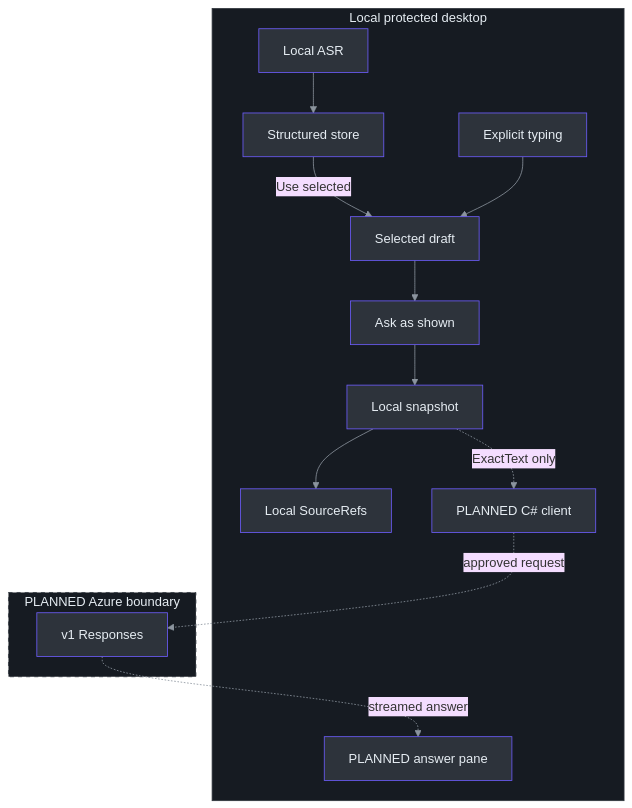
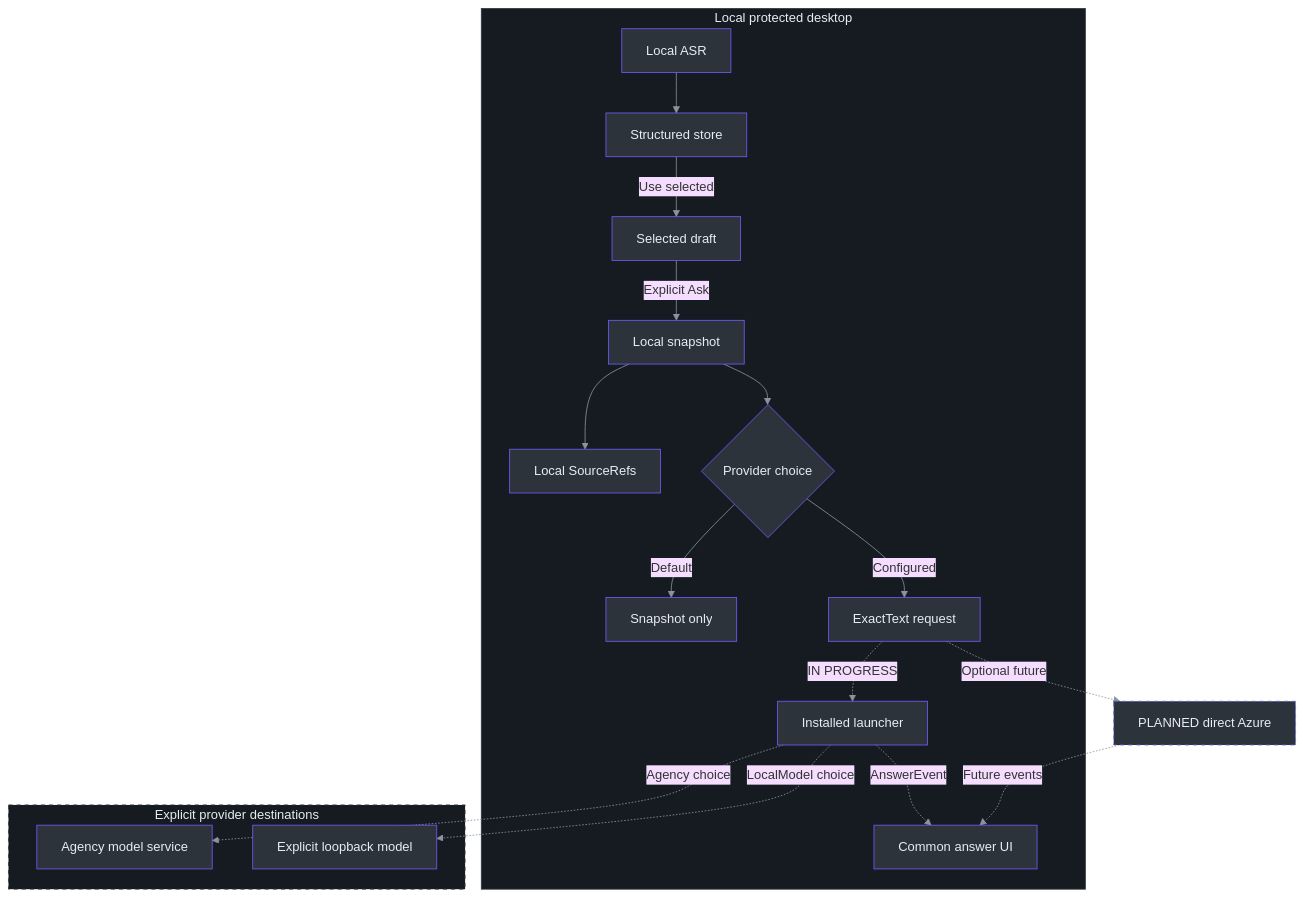
The first of 2 diagrams in docs/AI-ANSWER-ARCHITECTURE.md (Zanark/phantom-fudge), drawn with Mermaid before and after one commit. The commit also changed other lines of this file and 116 other files, not shown here.

Commit message:
making interaction with local LLM models possible via Agency

````diff
--- a/docs/AI-ANSWER-ARCHITECTURE.md
+++ b/docs/AI-ANSWER-ARCHITECTURE.md
@@ -23,40 +46,49 @@
 ```mermaid
 ---
 config:
   theme: base
   themeVariables:
     lineColor: "#8b949e"
     textColor: "#e6edf3"
 ---
 flowchart TB
-    accTitle: Implemented local questions and PLANNED Azure answers
-    accDescr: Local recognition feeds explicit selection and an immutable snapshot. Dashed planned connections send only question text to Azure; provenance stays local.
+    accTitle: Local snapshots, IN PROGRESS Agency-first path and PLANNED Azure
+    accDescr: SnapshotOnly is the no-send state. One separately authorized Agency probe succeeded through its remote model service, but local adapter checks are complete. LocalModel is a separate option with mock-only evidence; no fallback is implied.
     subgraph Local["Local protected desktop"]
         ASR["Local ASR"] --> Store["Structured store"]
         Store -->|Use selected| Draft["Selected draft"]
-        Typing["Explicit typing"] --> Draft
-        Draft --> Ask["Ask as shown"]
-        Ask --> Snapshot["Local snapshot"]
+        Draft -->|Explicit Ask| Snapshot["Local snapshot"]
         Snapshot --> Refs["Local SourceRefs"]
-        Snapshot -. ExactText only .-> Client["PLANNED C# client"]
-        Answer["PLANNED answer pane"]
+        Snapshot --> Choice{"Provider choice"}
+        Choice -->|Default| NoSend["Snapshot only"]
+        Choice -->|Configured| Request["ExactText request"]
+        Request -. IN PROGRESS .-> CLI["Installed launcher"]
+        Answer["Common answer UI"]
     end
-    subgraph Cloud["PLANNED Azure boundary"]
-        API["v1 Responses"]
+    subgraph Targets["Explicit provider destinations"]
+        Agency["Agency model service"]
+        Loopback["Explicit loopback model"]
     end
-    Client -. approved request .-> API
-    API -. streamed answer .-> Answer
+    Azure["PLANNED direct Azure"]
+    CLI -. Agency choice .-> Agency
+    CLI -. LocalModel choice .-> Loopback
+    CLI -. AnswerEvent .-> Answer
+    Request -. Optional future .-> Azure
+    Azure -. Future events .-> Answer
     style ASR fill:#2d333b,stroke:#6d5dfc,color:#e6edf3
     style Store fill:#2d333b,stroke:#6d5dfc,color:#e6edf3
     style Draft fill:#2d333b,stroke:#6d5dfc,color:#e6edf3
-    style Typing fill:#2d333b,stroke:#6d5dfc,color:#e6edf3
-    style Ask fill:#2d333b,stroke:#6d5dfc,color:#e6edf3
     style Snapshot fill:#2d333b,stroke:#6d5dfc,color:#e6edf3
     style Refs fill:#2d333b,stroke:#6d5dfc,color:#e6edf3
-    style Client fill:#2d333b,stroke:#6d5dfc,color:#e6edf3
+    style Choice fill:#2d333b,stroke:#6d5dfc,color:#e6edf3
+    style NoSend fill:#2d333b,stroke:#6d5dfc,color:#e6edf3
+    style Request fill:#2d333b,stroke:#6d5dfc,color:#e6edf3
+    style CLI fill:#2d333b,stroke:#6d5dfc,color:#e6edf3
     style Answer fill:#2d333b,stroke:#6d5dfc,color:#e6edf3
-    style API fill:#2d333b,stroke:#6d5dfc,color:#e6edf3
+    style Agency fill:#2d333b,stroke:#6d5dfc,color:#e6edf3
+    style Loopback fill:#2d333b,stroke:#6d5dfc,color:#e6edf3
+    style Azure fill:#2d333b,stroke:#6d5dfc,color:#e6edf3,stroke-dasharray:5 5
     style Local fill:#161b22,stroke:#30363d,color:#e6edf3
-    style Cloud fill:#161b22,stroke:#30363d,color:#e6edf3,stroke-dasharray:5 5
+    style Targets fill:#161b22,stroke:#30363d,color:#e6edf3,stroke-dasharray:5 5
     linkStyle default stroke:#8b949e
 ```
````
